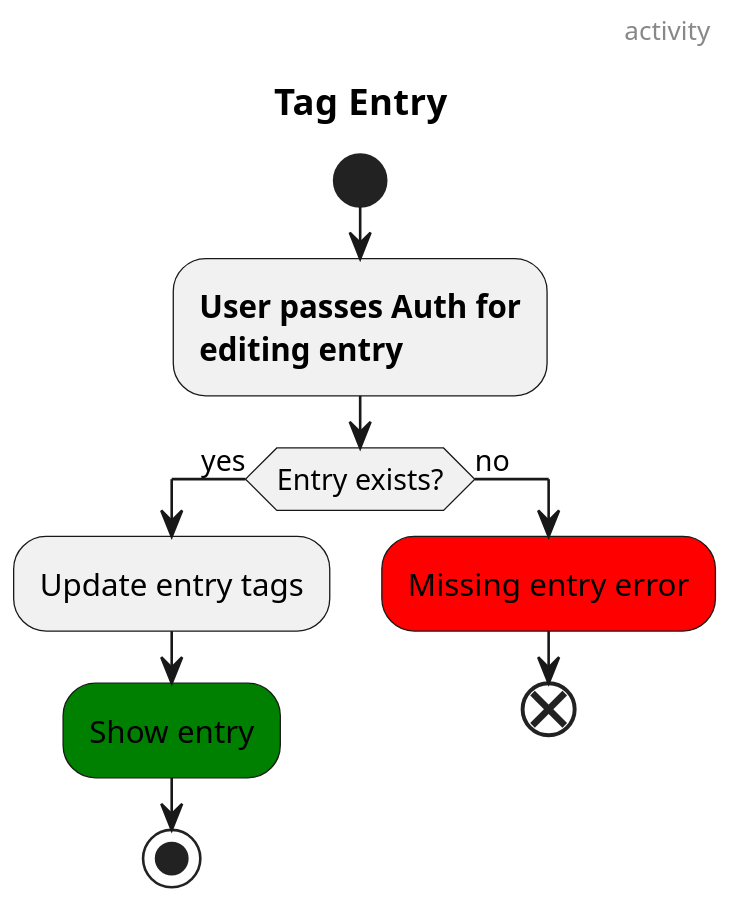
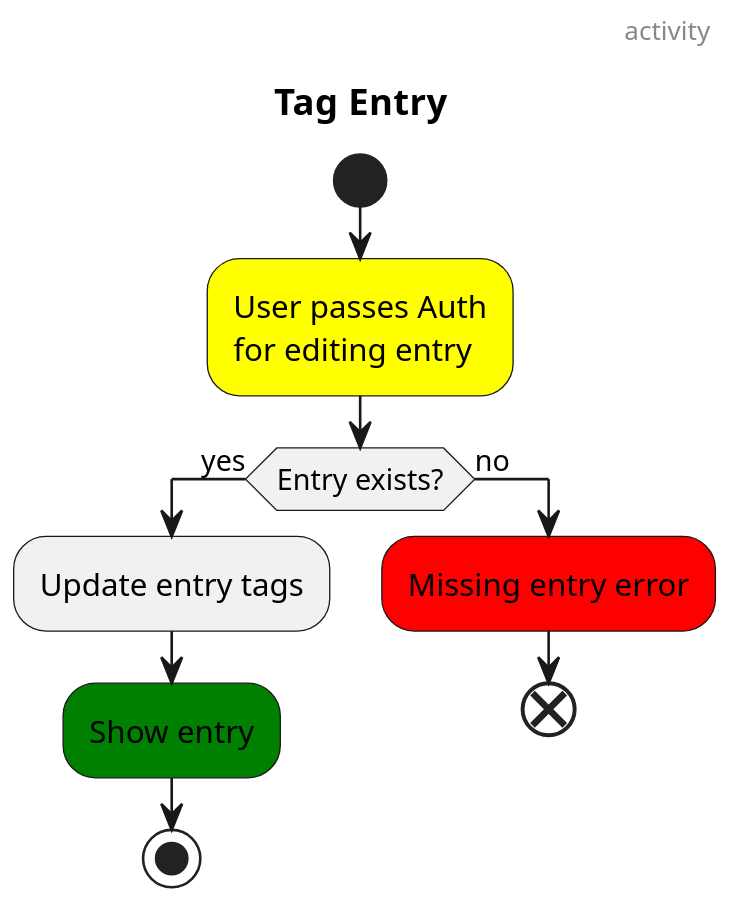
Before and after one commit to xomiachuna/wallabago: the diagram in docs/diagrams/tag-entry.activity.puml, drawn with PlantUML. The commit also changed 6 other files, not shown here.

Commit message:
docs: Add links between activity diagrams

```diff
--- a/docs/diagrams/tag-entry.activity.puml
+++ b/docs/diagrams/tag-entry.activity.puml
@@ -1,17 +1,16 @@
 @startuml tag-entry
 skinparam dpi 200
 header activity
 title Tag Entry
 
 start
-:**User passes Auth for**
-**editing entry**;
+[[auth.activity.svg]]#yellow:User passes Auth\nfor editing entry;
 if (Entry exists?) then (yes)
     :Update entry tags; 
     #green:Show entry;
     stop
 else (no)
     #red:Missing entry error;
     end
 endif
 @enduml
```
